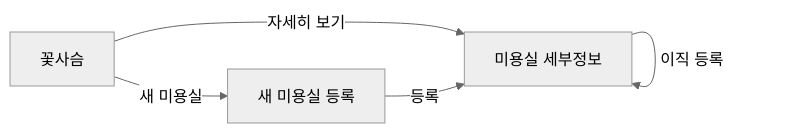
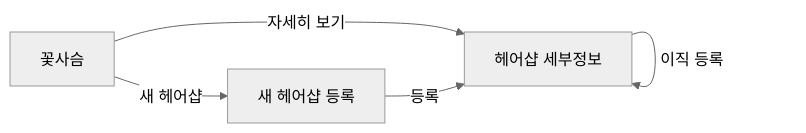
Before and after one commit to gold9ine/test_myservice: the diagram in idea/flow.md, drawn with Mermaid (neutral theme). The commit also changed 18 other files, not shown here.

Commit message:
Rename 미용실 to 헤어샵 across PRD, app, chatbot and docs; title home screen 근처 헤어샵

````diff
--- a/idea/flow.md
+++ b/idea/flow.md
@@ -1,7 +1,7 @@
 ```mermaid
 flowchart LR
-    A[꽃사슴] -->|새 미용실| B[새 미용실 등록]
-    A -->|자세히 보기| C[미용실 세부정보]
+    A[꽃사슴] -->|새 헤어샵| B[새 헤어샵 등록]
+    A -->|자세히 보기| C[헤어샵 세부정보]
     B -->|등록| C
     C -->|이직 등록| C
 ```
````
